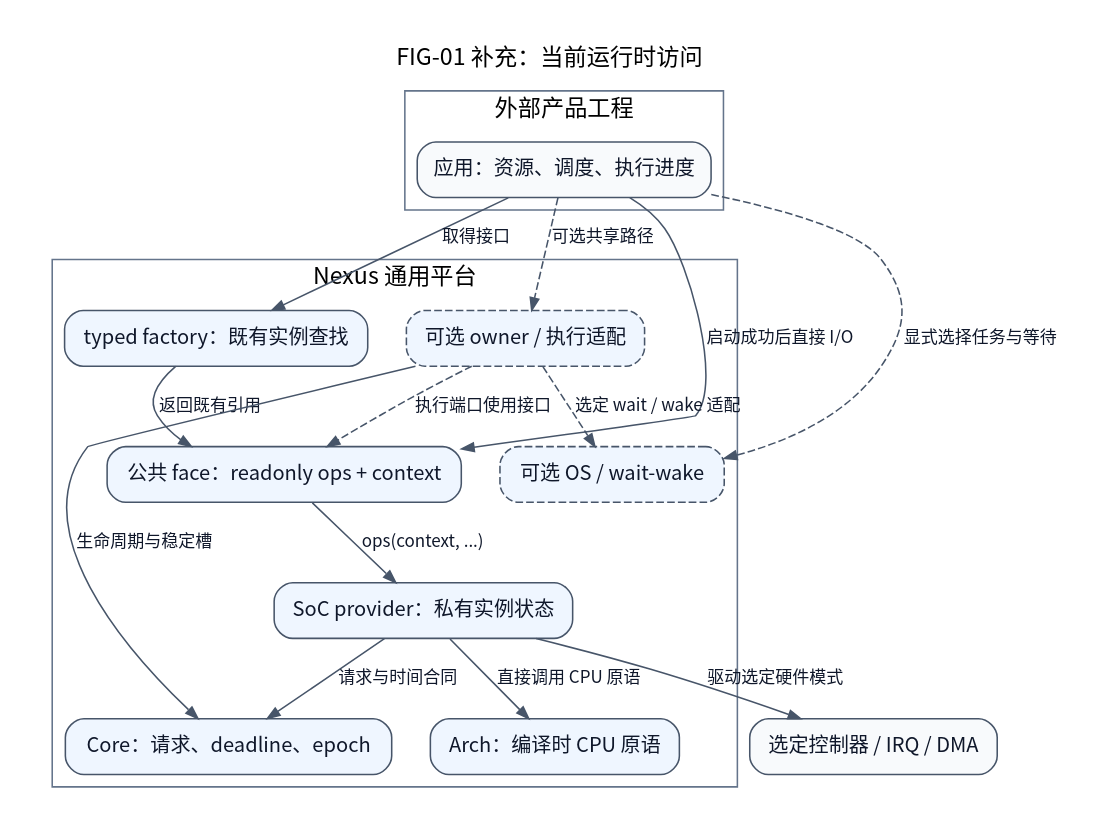
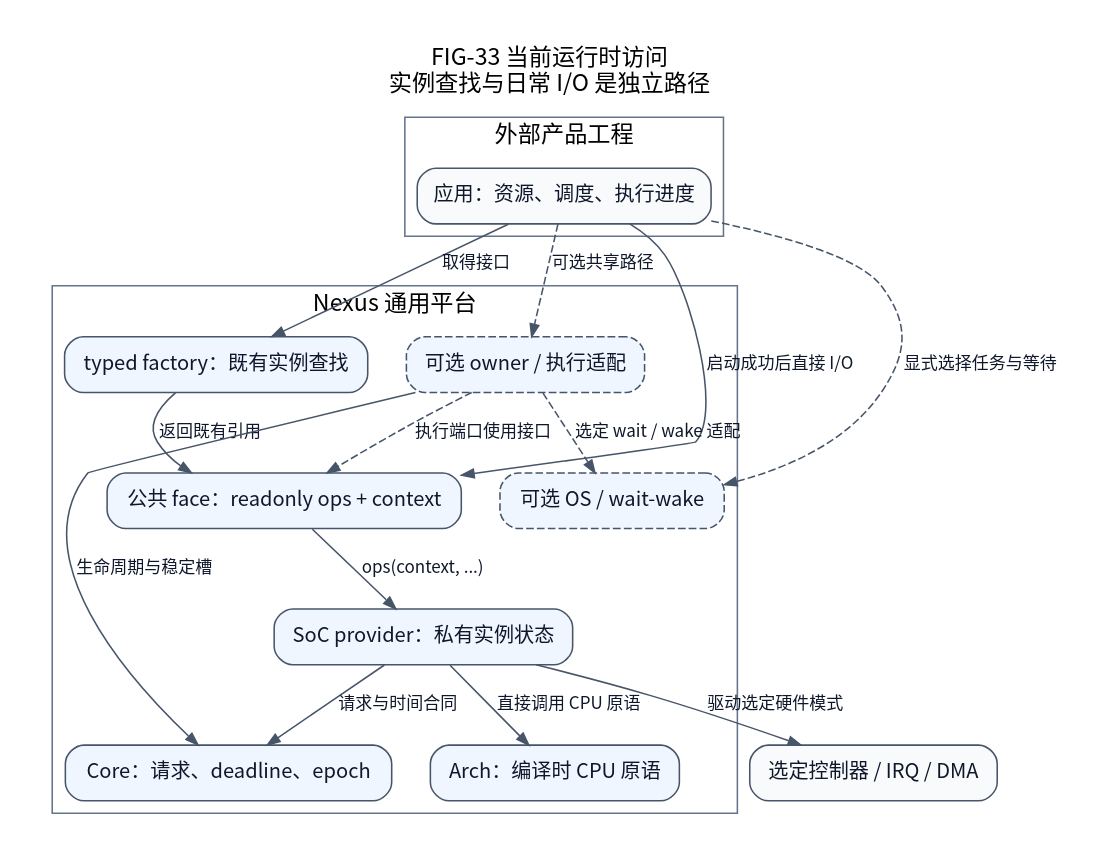
The diagram in docs/assets/diagrams/platform-runtime.dot (X-Gen-Lab/nexus), drawn with Graphviz before and after one commit. The commit also changed 560 other files, not shown here.

```diff
--- a/docs/assets/diagrams/platform-runtime.dot
+++ b/docs/assets/diagrams/platform-runtime.dot
@@ -1,38 +1,38 @@
-// FIG-01 current: runtime access, not the complete CMake dependency graph.
-// Code basis: 0111c8d3b9c7b37d258b9c401070305b13b6f3a1.
+// FIG-33 current: runtime access, not the complete CMake dependency graph.
+// Code basis: tools/configure/factory.py; io/include/nexus/io; core; arch; os.
 // Factory lookup and ordinary I/O are separate paths.
 digraph platformRuntime {
-    graph [label="FIG-01 补充：当前运行时访问", fontname="Noto Sans CJK SC", fontsize=15, labelloc=t, rankdir=TB, bgcolor="white", pad=0.25, nodesep=0.35, ranksep=0.55];
+    graph [label="FIG-33 当前运行时访问\n实例查找与日常 I/O 是独立路径", fontname="Noto Sans CJK SC", fontsize=15, labelloc=t, rankdir=TB, bgcolor="white", pad=0.25, nodesep=0.35, ranksep=0.55];
     node [shape=box, style="rounded,filled", fillcolor="#eff6ff",
           color="#475569", fontcolor="#0f172a", fontname="Noto Sans CJK SC",
           fontsize=13, margin="0.16,0.10"];
     edge [color="#475569", fontcolor="#0f172a",
           fontname="Noto Sans CJK SC", fontsize=11, arrowsize=0.8];
     subgraph clusterProduct {
         label="外部产品工程"; color="#64748b"; fontname="Noto Sans CJK SC";
         app [label="应用：资源、调度、执行进度", fillcolor="#f8fafc"];
     }
     subgraph clusterPlatform {
         label="Nexus 通用平台"; color="#64748b"; fontname="Noto Sans CJK SC";
         factory [label="typed factory：既有实例查找"];
         face [label="公共 face：readonly ops + context"];
         owner [label="可选 owner / 执行适配", style="rounded,dashed,filled"];
         waitPort [label="可选 OS / wait-wake", style="rounded,dashed,filled"];
         provider [label="SoC provider：私有实例状态"];
         core [label="Core：请求、deadline、epoch"];
         arch [label="Arch：编译时 CPU 原语"];
     }
     hardware [label="选定控制器 / IRQ / DMA", fillcolor="#f8fafc"];
     app -> factory [label="取得接口"];
     factory -> face [label="返回既有引用"];
     app -> face [label="启动成功后直接 I/O"];
     app -> owner [label="可选共享路径", style=dashed];
     owner -> face [label="执行端口使用接口", style=dashed];
     app -> waitPort [label="显式选择任务与等待", style=dashed];
     owner -> waitPort [label="选定 wait / wake 适配", style=dashed];
     owner -> core [label="生命周期与稳定槽"];
     provider -> core [label="请求与时间合同"];
     provider -> arch [label="直接调用 CPU 原语"];
     face -> provider [label="ops(context, ...)"];
     provider -> hardware [label="驱动选定硬件模式"];
 }
```
